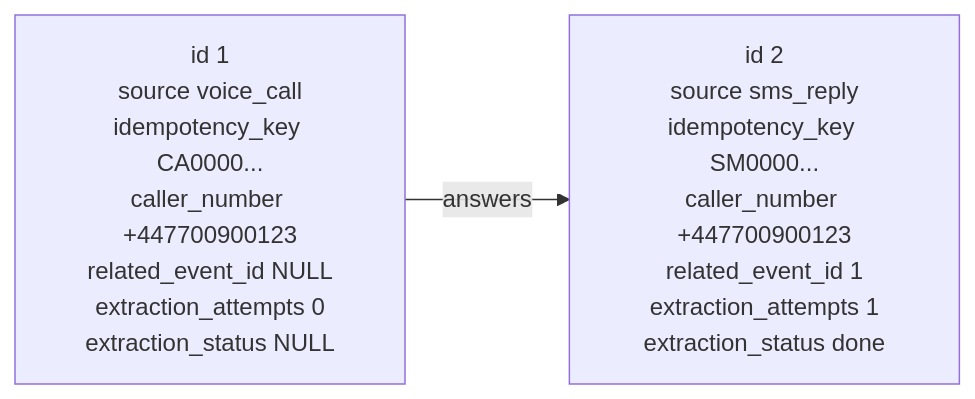
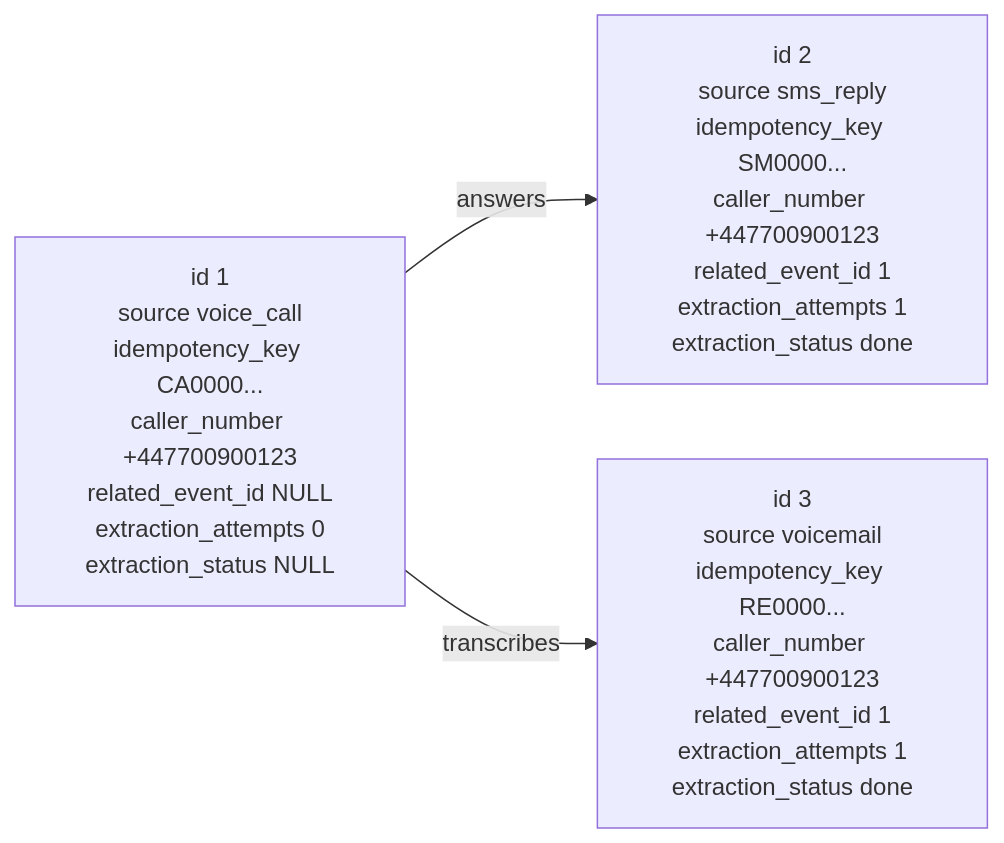
One commit to Mario8289/agent-ant changed the eighth of 8 diagrams in docs/11-request-flows.md. Above: the diagram before and after it, drawn with Mermaid. The commit also changed other lines of this file and 17 other files, not shown here.

````diff
--- a/docs/11-request-flows.md
+++ b/docs/11-request-flows.md
@@ -441,6 +522,8 @@
 ```mermaid
 flowchart LR
     A["id 1<br/>source voice_call<br/>idempotency_key CA0000...<br/>caller_number +447700900123<br/>related_event_id NULL<br/>extraction_attempts 0<br/>extraction_status NULL"]
     B["id 2<br/>source sms_reply<br/>idempotency_key SM0000...<br/>caller_number +447700900123<br/>related_event_id 1<br/>extraction_attempts 1<br/>extraction_status done"]
+    C["id 3<br/>source voicemail<br/>idempotency_key RE0000...<br/>caller_number +447700900123<br/>related_event_id 1<br/>extraction_attempts 1<br/>extraction_status done"]
     A -->|answers| B
+    A -->|transcribes| C
 ```
````
